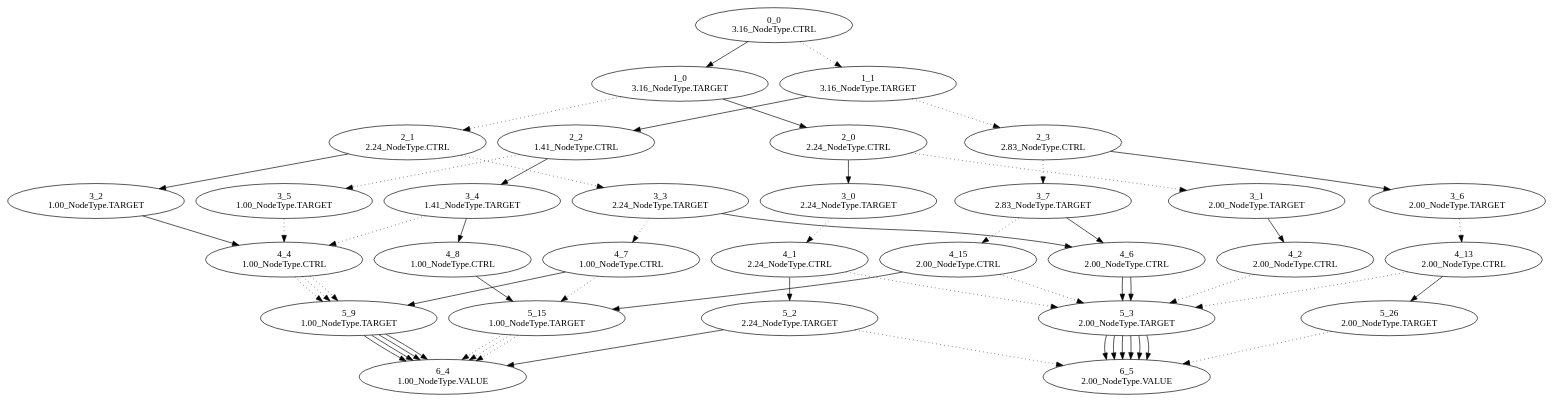
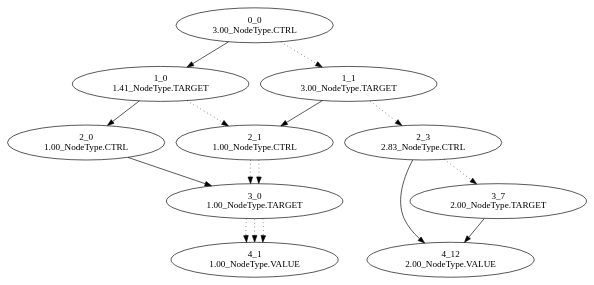
Before and after one commit to Jeff848/column_block_encoding: the diagram in sparse_bin_tree_digraph.dot, drawn with Graphviz. The commit also changed 13 other files, not shown here.

```diff
--- a/sparse_bin_tree_digraph.dot
+++ b/sparse_bin_tree_digraph.dot
@@ -1,284 +1,79 @@
 digraph {
 	"0_0
-3.16_NodeType.CTRL"
+3.00_NodeType.CTRL"
 	"1_0
-3.16_NodeType.TARGET"
+1.41_NodeType.TARGET"
 	"0_0
-3.16_NodeType.CTRL" -> "1_0
-3.16_NodeType.TARGET"
+3.00_NodeType.CTRL" -> "1_0
+1.41_NodeType.TARGET"
 	"2_0
-2.24_NodeType.CTRL"
+1.00_NodeType.CTRL"
 	"1_0
-3.16_NodeType.TARGET" -> "2_0
-2.24_NodeType.CTRL"
+1.41_NodeType.TARGET" -> "2_0
+1.00_NodeType.CTRL"
 	"3_0
-2.24_NodeType.TARGET"
+1.00_NodeType.TARGET"
 	"2_0
-2.24_NodeType.CTRL" -> "3_0
-2.24_NodeType.TARGET"
+1.00_NodeType.CTRL" -> "3_0
+1.00_NodeType.TARGET"
 	"4_1
-2.24_NodeType.CTRL"
+1.00_NodeType.VALUE"
 	"3_0
-2.24_NodeType.TARGET" -> "4_1
-2.24_NodeType.CTRL" [style=dotted]
-	"5_2
-2.24_NodeType.TARGET"
-	"4_1
-2.24_NodeType.CTRL" -> "5_2
-2.24_NodeType.TARGET"
-	"6_4
-1.00_NodeType.VALUE"
-	"5_2
-2.24_NodeType.TARGET" -> "6_4
-1.00_NodeType.VALUE"
-	"6_5
-2.00_NodeType.VALUE"
-	"5_2
-2.24_NodeType.TARGET" -> "6_5
-2.00_NodeType.VALUE" [style=dotted]
-	"5_3
-2.00_NodeType.TARGET"
-	"4_1
-2.24_NodeType.CTRL" -> "5_3
-2.00_NodeType.TARGET" [style=dotted]
-	"6_5
-2.00_NodeType.VALUE"
-	"5_3
-2.00_NodeType.TARGET" -> "6_5
-2.00_NodeType.VALUE"
-	"3_1
-2.00_NodeType.TARGET"
-	"2_0
-2.24_NodeType.CTRL" -> "3_1
-2.00_NodeType.TARGET" [style=dotted]
-	"4_2
-2.00_NodeType.CTRL"
-	"3_1
-2.00_NodeType.TARGET" -> "4_2
-2.00_NodeType.CTRL"
-	"5_3
-2.00_NodeType.TARGET"
-	"4_2
-2.00_NodeType.CTRL" -> "5_3
-2.00_NodeType.TARGET" [style=dotted]
-	"6_5
-2.00_NodeType.VALUE"
-	"5_3
-2.00_NodeType.TARGET" -> "6_5
-2.00_NodeType.VALUE"
+1.00_NodeType.TARGET" -> "4_1
+1.00_NodeType.VALUE" [style=dotted]
 	"2_1
-2.24_NodeType.CTRL"
+1.00_NodeType.CTRL"
 	"1_0
-3.16_NodeType.TARGET" -> "2_1
-2.24_NodeType.CTRL" [style=dotted]
-	"3_2
+1.41_NodeType.TARGET" -> "2_1
+1.00_NodeType.CTRL" [style=dotted]
+	"3_0
 1.00_NodeType.TARGET"
 	"2_1
-2.24_NodeType.CTRL" -> "3_2
-1.00_NodeType.TARGET"
-	"4_4
-1.00_NodeType.CTRL"
-	"3_2
-1.00_NodeType.TARGET" -> "4_4
-1.00_NodeType.CTRL"
-	"5_9
-1.00_NodeType.TARGET"
-	"4_4
-1.00_NodeType.CTRL" -> "5_9
+1.00_NodeType.CTRL" -> "3_0
 1.00_NodeType.TARGET" [style=dotted]
-	"6_4
+	"4_1
 1.00_NodeType.VALUE"
-	"5_9
-1.00_NodeType.TARGET" -> "6_4
-1.00_NodeType.VALUE"
-	"3_3
-2.24_NodeType.TARGET"
-	"2_1
-2.24_NodeType.CTRL" -> "3_3
-2.24_NodeType.TARGET" [style=dotted]
-	"4_6
-2.00_NodeType.CTRL"
-	"3_3
-2.24_NodeType.TARGET" -> "4_6
-2.00_NodeType.CTRL"
-	"5_3
-2.00_NodeType.TARGET"
-	"4_6
-2.00_NodeType.CTRL" -> "5_3
-2.00_NodeType.TARGET"
-	"6_5
-2.00_NodeType.VALUE"
-	"5_3
-2.00_NodeType.TARGET" -> "6_5
-2.00_NodeType.VALUE"
-	"4_7
-1.00_NodeType.CTRL"
-	"3_3
-2.24_NodeType.TARGET" -> "4_7
-1.00_NodeType.CTRL" [style=dotted]
-	"5_9
-1.00_NodeType.TARGET"
-	"4_7
-1.00_NodeType.CTRL" -> "5_9
-1.00_NodeType.TARGET"
-	"6_4
-1.00_NodeType.VALUE"
-	"5_9
-1.00_NodeType.TARGET" -> "6_4
-1.00_NodeType.VALUE"
-	"5_15
-1.00_NodeType.TARGET"
-	"4_7
-1.00_NodeType.CTRL" -> "5_15
-1.00_NodeType.TARGET" [style=dotted]
-	"6_4
-1.00_NodeType.VALUE"
-	"5_15
-1.00_NodeType.TARGET" -> "6_4
+	"3_0
+1.00_NodeType.TARGET" -> "4_1
 1.00_NodeType.VALUE" [style=dotted]
 	"1_1
-3.16_NodeType.TARGET"
+3.00_NodeType.TARGET"
 	"0_0
-3.16_NodeType.CTRL" -> "1_1
-3.16_NodeType.TARGET" [style=dotted]
-	"2_2
-1.41_NodeType.CTRL"
+3.00_NodeType.CTRL" -> "1_1
+3.00_NodeType.TARGET" [style=dotted]
+	"2_1
+1.00_NodeType.CTRL"
 	"1_1
-3.16_NodeType.TARGET" -> "2_2
-1.41_NodeType.CTRL"
-	"3_4
-1.41_NodeType.TARGET"
-	"2_2
-1.41_NodeType.CTRL" -> "3_4
-1.41_NodeType.TARGET"
-	"4_8
+3.00_NodeType.TARGET" -> "2_1
 1.00_NodeType.CTRL"
-	"3_4
-1.41_NodeType.TARGET" -> "4_8
-1.00_NodeType.CTRL"
-	"5_15
+	"3_0
 1.00_NodeType.TARGET"
-	"4_8
-1.00_NodeType.CTRL" -> "5_15
-1.00_NodeType.TARGET"
-	"6_4
+	"2_1
+1.00_NodeType.CTRL" -> "3_0
+1.00_NodeType.TARGET" [style=dotted]
+	"4_1
 1.00_NodeType.VALUE"
-	"5_15
-1.00_NodeType.TARGET" -> "6_4
+	"3_0
+1.00_NodeType.TARGET" -> "4_1
 1.00_NodeType.VALUE" [style=dotted]
-	"4_4
-1.00_NodeType.CTRL"
-	"3_4
-1.41_NodeType.TARGET" -> "4_4
-1.00_NodeType.CTRL" [style=dotted]
-	"5_9
-1.00_NodeType.TARGET"
-	"4_4
-1.00_NodeType.CTRL" -> "5_9
-1.00_NodeType.TARGET" [style=dotted]
-	"6_4
-1.00_NodeType.VALUE"
-	"5_9
-1.00_NodeType.TARGET" -> "6_4
-1.00_NodeType.VALUE"
-	"3_5
-1.00_NodeType.TARGET"
-	"2_2
-1.41_NodeType.CTRL" -> "3_5
-1.00_NodeType.TARGET" [style=dotted]
-	"4_4
-1.00_NodeType.CTRL"
-	"3_5
-1.00_NodeType.TARGET" -> "4_4
-1.00_NodeType.CTRL" [style=dotted]
-	"5_9
-1.00_NodeType.TARGET"
-	"4_4
-1.00_NodeType.CTRL" -> "5_9
-1.00_NodeType.TARGET" [style=dotted]
-	"6_4
-1.00_NodeType.VALUE"
-	"5_9
-1.00_NodeType.TARGET" -> "6_4
-1.00_NodeType.VALUE"
 	"2_3
 2.83_NodeType.CTRL"
 	"1_1
-3.16_NodeType.TARGET" -> "2_3
+3.00_NodeType.TARGET" -> "2_3
 2.83_NodeType.CTRL" [style=dotted]
-	"3_6
+	"4_12
+2.00_NodeType.VALUE"
+	"2_3
+2.83_NodeType.CTRL" -> "4_12
+2.00_NodeType.VALUE"
+	"3_7
 2.00_NodeType.TARGET"
 	"2_3
-2.83_NodeType.CTRL" -> "3_6
-2.00_NodeType.TARGET"
-	"4_13
-2.00_NodeType.CTRL"
-	"3_6
-2.00_NodeType.TARGET" -> "4_13
-2.00_NodeType.CTRL" [style=dotted]
-	"5_26
-2.00_NodeType.TARGET"
-	"4_13
-2.00_NodeType.CTRL" -> "5_26
-2.00_NodeType.TARGET"
-	"6_5
-2.00_NodeType.VALUE"
-	"5_26
-2.00_NodeType.TARGET" -> "6_5
-2.00_NodeType.VALUE" [style=dotted]
-	"5_3
-2.00_NodeType.TARGET"
-	"4_13
-2.00_NodeType.CTRL" -> "5_3
+2.83_NodeType.CTRL" -> "3_7
 2.00_NodeType.TARGET" [style=dotted]
-	"6_5
-2.00_NodeType.VALUE"
-	"5_3
-2.00_NodeType.TARGET" -> "6_5
+	"4_12
 2.00_NodeType.VALUE"
 	"3_7
-2.83_NodeType.TARGET"
-	"2_3
-2.83_NodeType.CTRL" -> "3_7
-2.83_NodeType.TARGET" [style=dotted]
-	"4_6
-2.00_NodeType.CTRL"
-	"3_7
-2.83_NodeType.TARGET" -> "4_6
-2.00_NodeType.CTRL"
-	"5_3
-2.00_NodeType.TARGET"
-	"4_6
-2.00_NodeType.CTRL" -> "5_3
-2.00_NodeType.TARGET"
-	"6_5
-2.00_NodeType.VALUE"
-	"5_3
-2.00_NodeType.TARGET" -> "6_5
-2.00_NodeType.VALUE"
-	"4_15
-2.00_NodeType.CTRL"
-	"3_7
-2.83_NodeType.TARGET" -> "4_15
-2.00_NodeType.CTRL" [style=dotted]
-	"5_15
-1.00_NodeType.TARGET"
-	"4_15
-2.00_NodeType.CTRL" -> "5_15
-1.00_NodeType.TARGET"
-	"6_4
-1.00_NodeType.VALUE"
-	"5_15
-1.00_NodeType.TARGET" -> "6_4
-1.00_NodeType.VALUE" [style=dotted]
-	"5_3
-2.00_NodeType.TARGET"
-	"4_15
-2.00_NodeType.CTRL" -> "5_3
-2.00_NodeType.TARGET" [style=dotted]
-	"6_5
-2.00_NodeType.VALUE"
-	"5_3
-2.00_NodeType.TARGET" -> "6_5
+2.00_NodeType.TARGET" -> "4_12
 2.00_NodeType.VALUE"
 }
```
